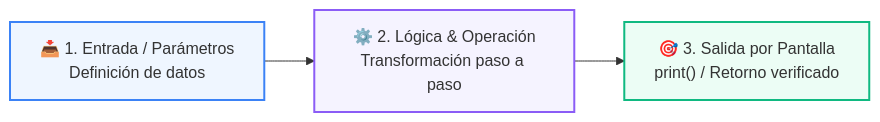
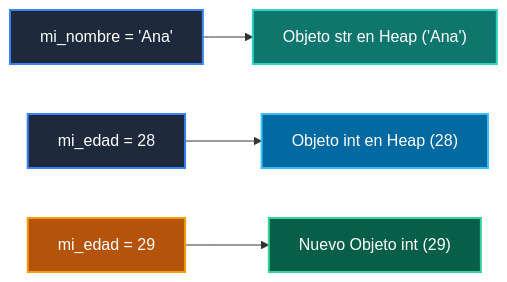
The diagram in 01-fundamentos-python/clase-01-panorama-general/ejemplos/ejemplo_02_variables_cajas_etiquetadas/README.md (wisrovi/wisrovi-python), drawn with Mermaid before and after one commit. The commit also changed other lines of this file and 271 other files, not shown here.

Commit message:
docs: rewrite all README.md files with bespoke topic-specific Mermaid diagrams and remove repetitive boilerplate

````diff
--- a/01-fundamentos-python/clase-01-panorama-general/ejemplos/ejemplo_02_variables_cajas_etiquetadas/README.md
+++ b/01-fundamentos-python/clase-01-panorama-general/ejemplos/ejemplo_02_variables_cajas_etiquetadas/README.md
@@ -12,9 +12,13 @@
 ```mermaid
 flowchart LR
-    IN["📥 1. Entrada / Parámetros<br/>Definición de datos"] --> PROC["⚙️ 2. Lógica & Operación<br/>Transformación paso a paso"]
-    PROC --> OUT["🎯 3. Salida por Pantalla<br/>print() / Retorno verificado"]
+    NAME["mi_nombre = 'Ana'"] --> OBJ1["Objeto str en Heap ('Ana')"]
+    AGE["mi_edad = 28"] --> OBJ2["Objeto int en Heap (28)"]
+    REASIGN["mi_edad = 29"] --> OBJ3["Nuevo Objeto int (29)"]
 
-    style IN fill:#eff6ff,stroke:#3b82f6,stroke-width:2px
-    style PROC fill:#f5f3ff,stroke:#8b5cf6,stroke-width:2px
-    style OUT fill:#ecfdf5,stroke:#10b981,stroke-width:2px
+    style NAME fill:#1e293b,color:#fff,stroke:#3b82f6,stroke-width:2px
+    style OBJ1 fill:#0f766e,color:#fff,stroke:#2dd4bf,stroke-width:2px
+    style AGE fill:#1e293b,color:#fff,stroke:#3b82f6,stroke-width:2px
+    style OBJ2 fill:#0369a1,color:#fff,stroke:#38bdf8,stroke-width:2px
+    style REASIGN fill:#b45309,color:#fff,stroke:#f59e0b,stroke-width:2px
+    style OBJ3 fill:#065f46,color:#fff,stroke:#34d399,stroke-width:2px
 ```
````
